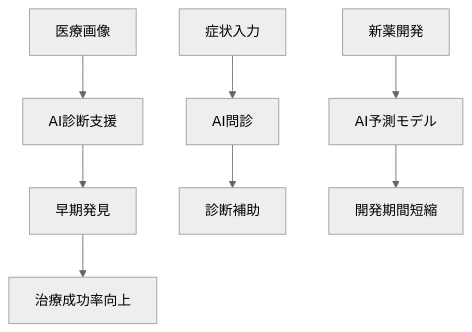
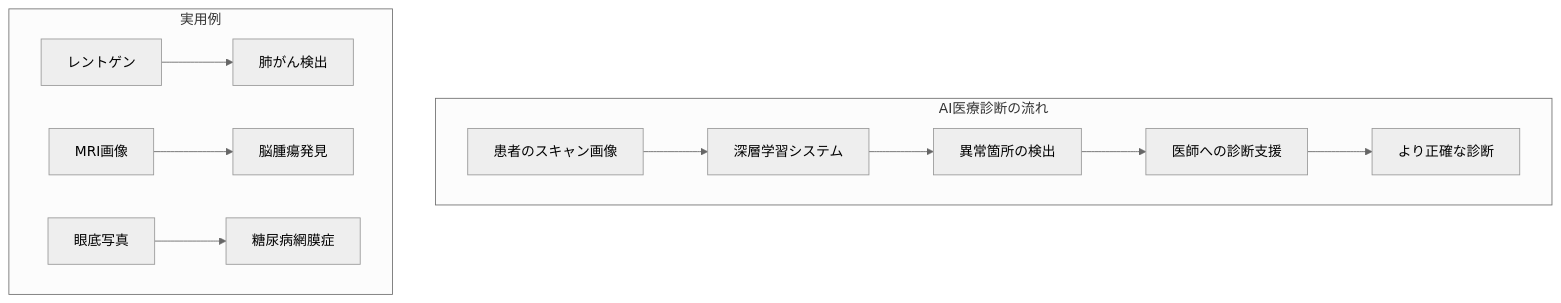
Before and after one commit to SparklingDetergent/doc_genai_mental_model: diagram 15 of 28 in AI/DeepLearning/README.MD, drawn with Mermaid (neutral theme). The commit also changed other lines of this file, not shown here.

````diff
--- a/AI/DeepLearning/README.MD
+++ b/AI/DeepLearning/README.MD
@@ -319,12 +552,15 @@
 ```mermaid
 flowchart TD
-    A[医療画像] --> B[AI診断支援]
-    B --> C[早期発見]
-    C --> D[治療成功率向上]
+    subgraph "AI医療診断の流れ"
+        A[患者のスキャン画像] --> B[深層学習システム]
+        B --> C[異常箇所の検出]
+        C --> D[医師への診断支援]
+        D --> E[より正確な診断]
+    end
     
-    E[症状入力] --> F[AI問診]
-    F --> G[診断補助]
-    
-    H[新薬開発] --> I[AI予測モデル]
-    I --> J[開発期間短縮]
+    subgraph "実用例"
+        F[レントゲン] --> G[肺がん検出]
+        H[MRI画像] --> I[脳腫瘍発見]
+        J[眼底写真] --> K[糖尿病網膜症]
+    end
 ```
````
